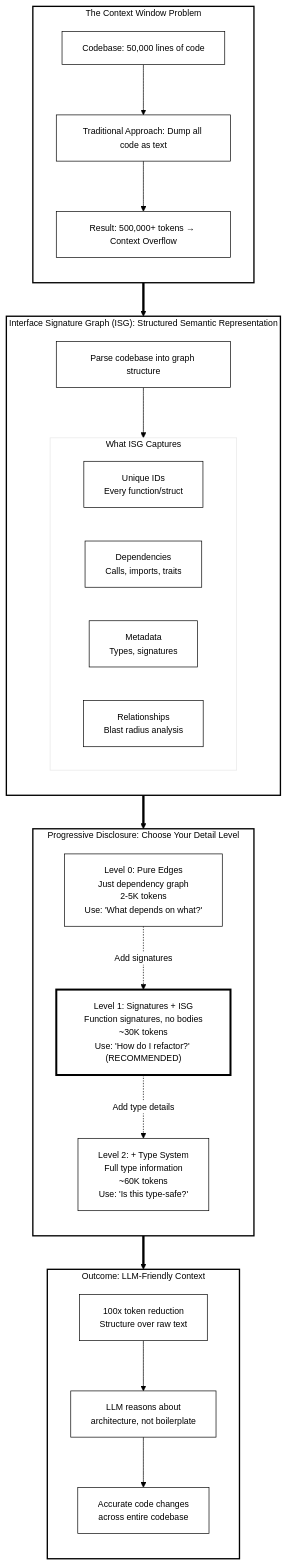
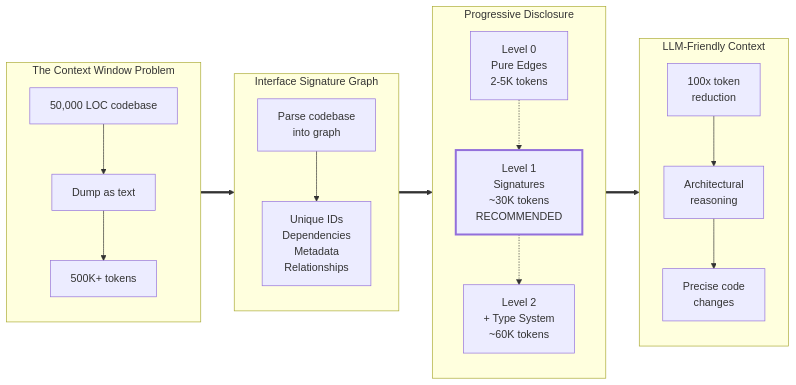
Before and after one commit to that-in-rust/parseltongue: the first of 2 diagrams in .claude/.parseltongue/parseltongue-README.md, drawn with Mermaid. The commit also changed other lines of this file and 8 other files, not shown here.

````diff
--- a/.claude/.parseltongue/parseltongue-README.md
+++ b/.claude/.parseltongue/parseltongue-README.md
@@ -3,77 +3,35 @@
 ```mermaid
----
-config:
-  theme: base
-  themeVariables:
-    primaryColor: "#ffffff"
-    primaryTextColor: "#000000"
-    primaryBorderColor: "#000000"
-    lineColor: "#000000"
-    secondaryColor: "#ffffff"
-    background: "#ffffff"
-    fontSize: "13px"
----
-flowchart TB
-    %% The Problem
+graph LR
     subgraph PROBLEM["The Context Window Problem"]
-        direction TB
-        CODE["Codebase: 50,000 lines of code"]
-        DUMP["Traditional Approach: Dump all code as text"]
-        TOKENS["Result: 500,000+ tokens → Context Overflow"]
-
-        CODE --> DUMP
-        DUMP --> TOKENS
+        P1["50,000 LOC codebase"]
+        P2["Dump as text"]
+        P3["500K+ tokens"]
+        P1 --> P2 --> P3
     end
 
-    %% The Solution: ISG
-    subgraph ISG["Interface Signature Graph (ISG): Structured Semantic Representation"]
-        direction TB
-
-        PARSE["Parse codebase into graph structure"]
-
-        subgraph CAPTURES["What ISG Captures"]
-            direction LR
-            C1["Unique IDs<br/>Every function/struct"]
-            C2["Dependencies<br/>Calls, imports, traits"]
-            C3["Metadata<br/>Types, signatures"]
-            C4["Relationships<br/>Blast radius analysis"]
-        end
-
-        PARSE --> CAPTURES
+    subgraph ISG["Interface Signature Graph"]
+        I1["Parse codebase<br/>into graph"]
+        I2["Unique IDs<br/>Dependencies<br/>Metadata<br/>Relationships"]
+        I1 --> I2
     end
 
-    %% Progressive Disclosure
-    subgraph DISCLOSURE["Progressive Disclosure: Choose Your Detail Level"]
-        direction TB
-
-        L0["Level 0: Pure Edges<br/>Just dependency graph<br/>2-5K tokens<br/>Use: 'What depends on what?'"]
-        L1["Level 1: Signatures + ISG<br/>Function signatures, no bodies<br/>~30K tokens<br/>Use: 'How do I refactor?' (RECOMMENDED)"]
-        L2["Level 2: + Type System<br/>Full type information<br/>~60K tokens<br/>Use: 'Is this type-safe?'"]
-
-        L0 -.->|Add signatures| L1
-        L1 -.->|Add type details| L2
+    subgraph LEVELS["Progressive Disclosure"]
+        L0["Level 0<br/>Pure Edges<br/>2-5K tokens"]
+        L1["Level 1<br/>Signatures<br/>~30K tokens<br/>RECOMMENDED"]
+        L2["Level 2<br/>+ Type System<br/>~60K tokens"]
+        L0 -.-> L1 -.-> L2
     end
 
-    %% The Outcome
-    subgraph OUTCOME["Outcome: LLM-Friendly Context"]
-        direction TB
-        COMPRESSED["100x token reduction<br/>Structure over raw text"]
-        REASONING["LLM reasons about<br/>architecture, not boilerplate"]
-        RESULT["Accurate code changes<br/>across entire codebase"]
-
-        COMPRESSED --> REASONING
-        REASONING --> RESULT
+    subgraph OUTCOME["LLM-Friendly Context"]
+        O1["100x token<br/>reduction"]
+        O2["Architectural<br/>reasoning"]
+        O3["Precise code<br/>changes"]
+        O1 --> O2 --> O3
     end
 
-    %% Flow
     PROBLEM ==> ISG
-    ISG ==> DISCLOSURE
-    DISCLOSURE ==> OUTCOME
+    ISG ==> LEVELS
+    LEVELS ==> OUTCOME
 
-    %% Simple styling - no colors, just borders
-    classDef defaultStyle fill:#ffffff,stroke:#000000,stroke-width:2px,color:#000000
-    classDef emphasisStyle fill:#ffffff,stroke:#000000,stroke-width:3px,color:#000000
-
-    class PROBLEM,ISG,DISCLOSURE,OUTCOME defaultStyle
-    class L1 emphasisStyle
+    style L1 stroke-width:3px
 ```
````
